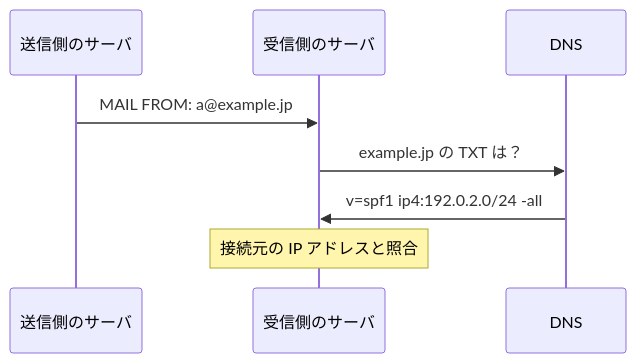
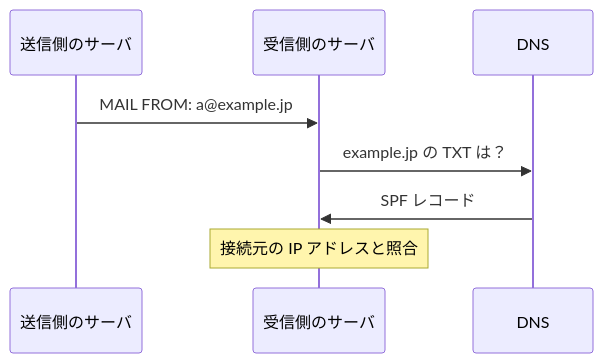
The second of 2 diagrams in network/protocol/mail.md (nnnaanaa/document), drawn with Mermaid before and after one commit. The commit also changed other lines of this file and 3 other files, not shown here.

Commit message:
新しい暗記シート4本の図の横幅を詰める

````diff
--- a/network/protocol/mail.md
+++ b/network/protocol/mail.md
@@ -86,16 +93,16 @@
 ```mermaid
 ---
 config:
   sequence:
     width: 120
     actorMargin: 30
 ---
 sequenceDiagram
   participant S as 送信側のサーバ
   participant R as 受信側のサーバ
   participant D as DNS
   S->>R: MAIL FROM: a@example.jp
   R->>D: example.jp の TXT は？
-  D->>R: v=spf1 ip4:192.0.2.0/24 -all
+  D->>R: SPF レコード
   Note over R: 接続元の IP アドレスと照合
 ```
````
